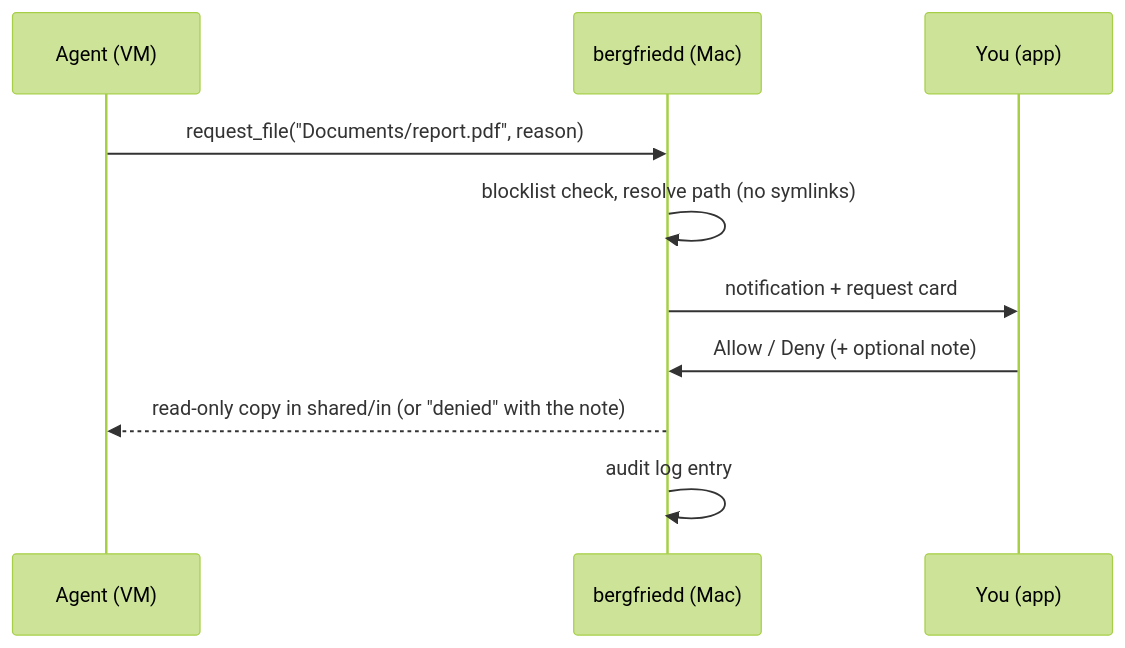
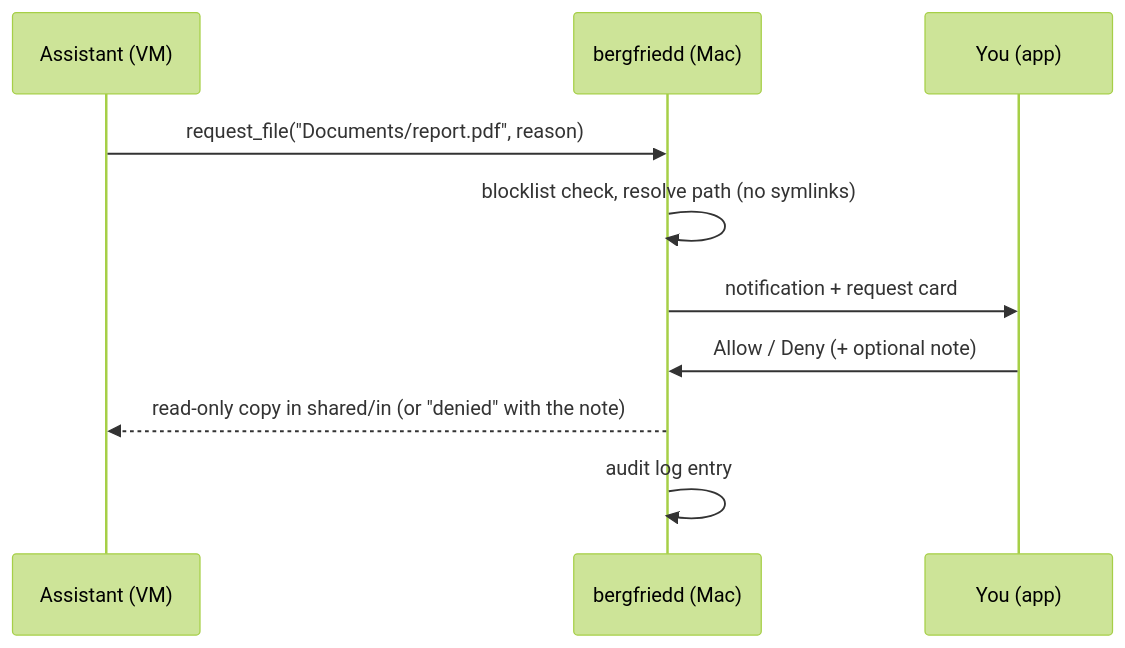
Before and after one commit to DevertNet/bergfried: the second of 2 diagrams in docs/ARCHITECTURE.md, drawn with Mermaid (forest theme). The commit also changed other lines of this file and 56 other files, not shown here.

````diff
--- a/docs/ARCHITECTURE.md
+++ b/docs/ARCHITECTURE.md
@@ -39,12 +41,12 @@
 ```mermaid
 sequenceDiagram
-  participant A as Agent (VM)
+  participant A as Assistant (VM)
   participant D as bergfriedd (Mac)
   participant U as You (app)
   A->>D: request_file("Documents/report.pdf", reason)
   D->>D: blocklist check, resolve path (no symlinks)
   D->>U: notification + request card
   U->>D: Allow / Deny (+ optional note)
   D-->>A: read-only copy in shared/in (or "denied" with the note)
   D->>D: audit log entry
 ```
````
